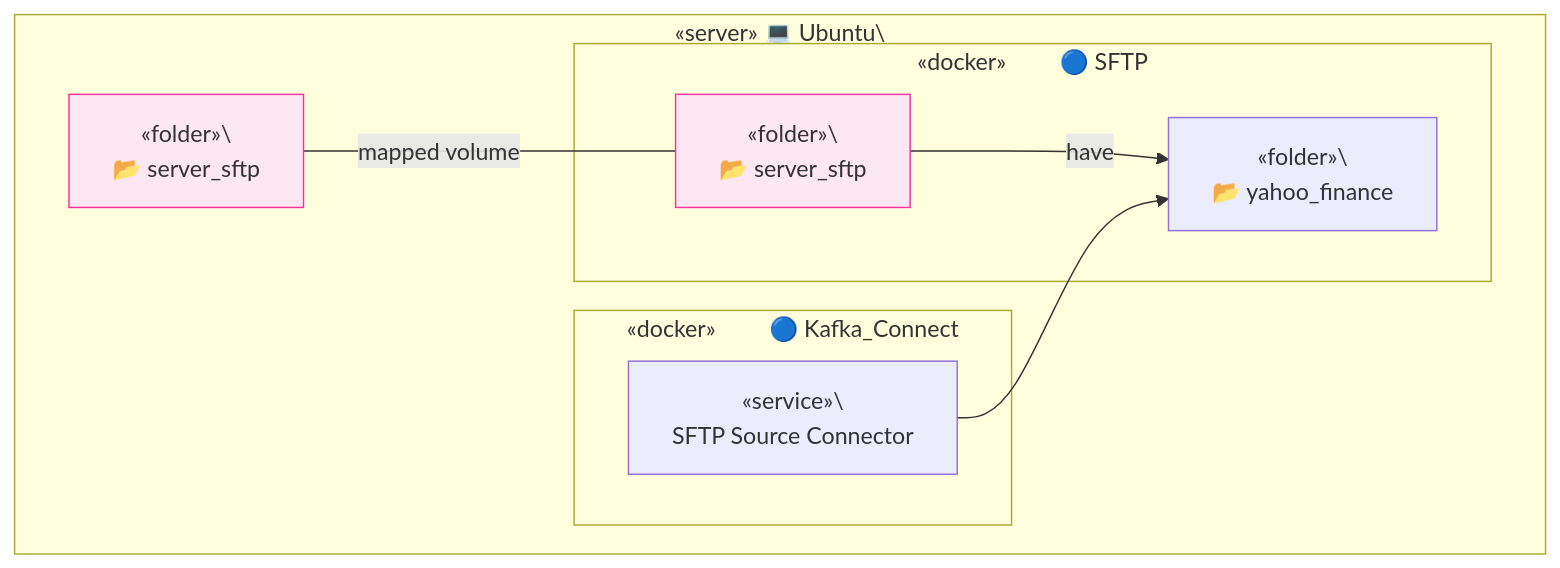
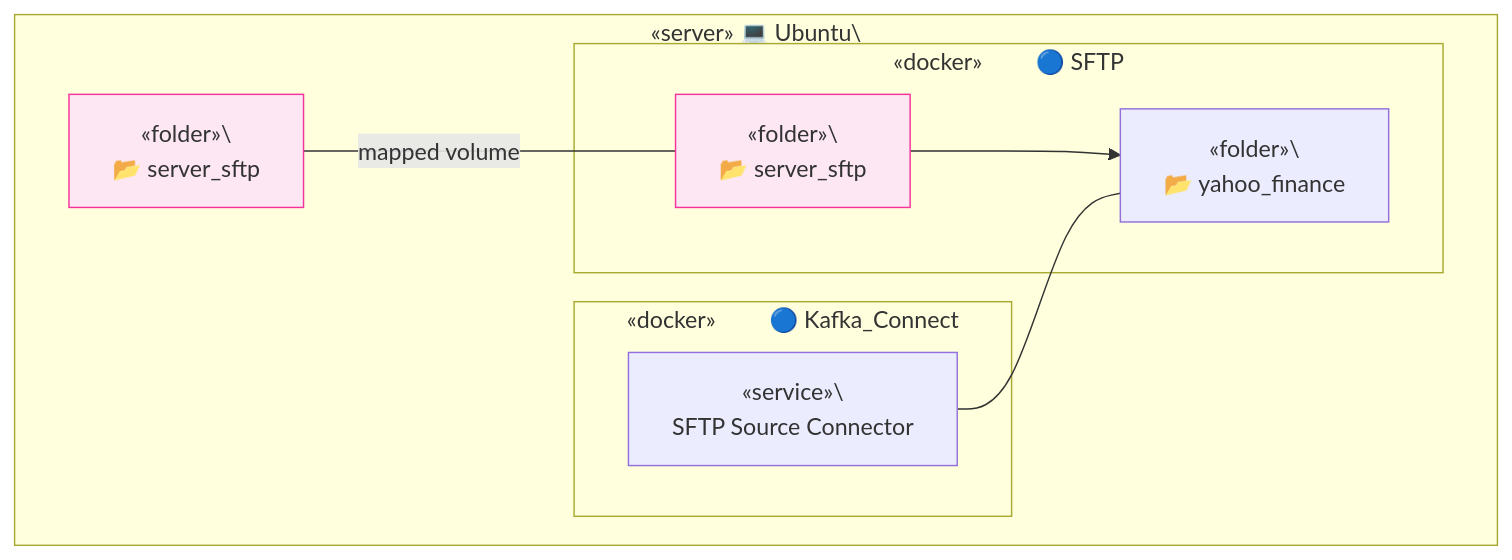
The fifth of 5 diagrams in server_sftp/README.md (TrulyDigital/DATA_STREET), drawn with Mermaid before and after one commit.

Commit message:
feat: server-sftp uptade

````diff
--- a/server_sftp/README.md
+++ b/server_sftp/README.md
@@ -96,25 +96,25 @@
 ```mermaid
 graph TD
     subgraph Container_A [«server» 💻 Ubuntu\<br/>]
         A1[«folder»\<br/> 📂 server_sftp]
         A1:::note_a1
 
         subgraph Container_B [«docker»&nbsp;&nbsp;&nbsp;&nbsp;&nbsp;&nbsp;&nbsp;&nbsp;&nbsp;🔵 SFTP]
             B1[«folder»\<br/> 📂 server_sftp]
             B1:::note_b1
             B2[«folder»\<br/> 📂 yahoo_finance]
         end
 
         subgraph Container_C [«docker»&nbsp;&nbsp;&nbsp;&nbsp;&nbsp;&nbsp;&nbsp;&nbsp;&nbsp;🔵 Kafka_Connect]
             C1[«service»\<br/> SFTP Source Connector]
         end
 
         A1 -- mapped volume --- B1
-        B1 -- have --> B2
+        B1 --> B2
 
-        C1 --> B2
+        C1 --- B2
 
         classDef note_a1 fill:#fce7f3,stroke:#f6339a,stroke-width:1px;
         classDef note_b1 fill:#fce7f3,stroke:#f6339a,stroke-width:1px;
     end
 ```
````
